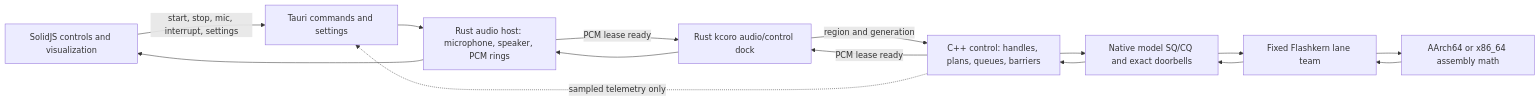
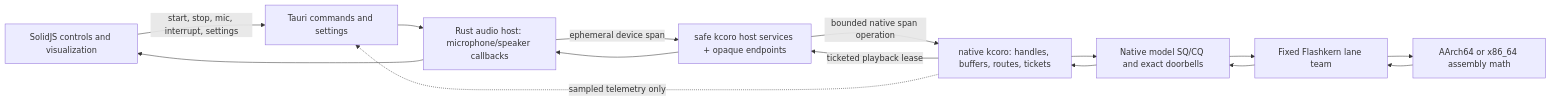
The first of 2 diagrams in packages/desktop/src-tauri/src/voice/VOICE_ARCHITECTURE.md (SolaceHarmony/emberharmony), drawn with Mermaid before and after one commit. The commit also changed other lines of this file and 98 other files, not shown here.

````diff
--- a/packages/desktop/src-tauri/src/voice/VOICE_ARCHITECTURE.md
+++ b/packages/desktop/src-tauri/src/voice/VOICE_ARCHITECTURE.md
@@ -39,22 +38,22 @@
 ```mermaid
 flowchart LR
     UI["SolidJS controls and visualization"]
     Tauri["Tauri commands and settings"]
-    Audio["Rust audio host: microphone, speaker, PCM rings"]
-    Dock["Rust kcoro audio/control dock"]
-    Native["C++ control: handles, plans, queues, barriers"]
+    Audio["Rust audio host: microphone/speaker callbacks"]
+    Dock["safe kcoro host services + opaque endpoints"]
+    Native["native kcoro: handles, buffers, routes, tickets"]
     Rings["Native model SQ/CQ and exact doorbells"]
     Lanes["Fixed Flashkern lane team"]
     Asm["AArch64 or x86_64 assembly math"]
 
     UI -->|"start, stop, mic, interrupt, settings"| Tauri
     Tauri --> Audio
-    Audio -->|"PCM lease ready"| Dock
-    Dock -->|"region and generation"| Native
+    Audio -->|"ephemeral device span"| Dock
+    Dock -->|"bounded native span operation"| Native
     Native --> Rings --> Lanes --> Asm
     Asm --> Lanes --> Rings --> Native
-    Native -->|"PCM lease ready"| Dock
+    Native -->|"ticketed playback lease"| Dock
     Dock --> Audio
     Audio --> UI
     Native -. "sampled telemetry only" .-> Tauri
 ```
````
